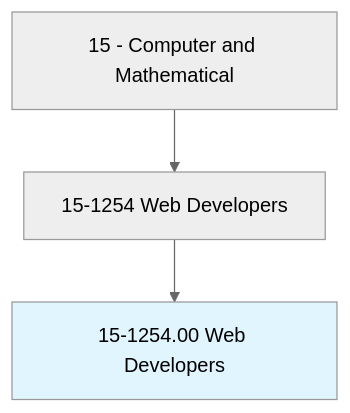
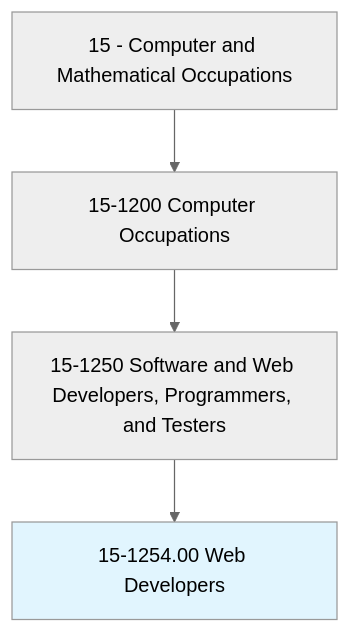
One commit to kziemski/business.org.ai changed the first of 4 diagrams in occupations/Technology/WebDevelopers.mdx. Above: the diagram before and after it, drawn with Mermaid (neutral theme). The commit also changed other lines of this file and 938 other files, not shown here.

````diff
--- a/occupations/Technology/WebDevelopers.mdx
+++ b/occupations/Technology/WebDevelopers.mdx
@@ -19,6 +23,7 @@
 ```mermaid
 graph TD
-    Cat15["15 - Computer and Mathematical"] --> Group151254["15-1254 Web Developers"]
-    Group151254 --> Current["15-1254.00 Web Developers"]
+    Cat15["15 - Computer and Mathematical Occupations"] --> Group1512["15-1200 Computer Occupations"]
+    Group1512 --> Sub1525["15-1250 Software and Web Developers, Programmers, and Testers"]
+    Sub1525 --> Current["15-1254.00 Web Developers"]
     style Current fill:#e1f5fe
 ```
````
